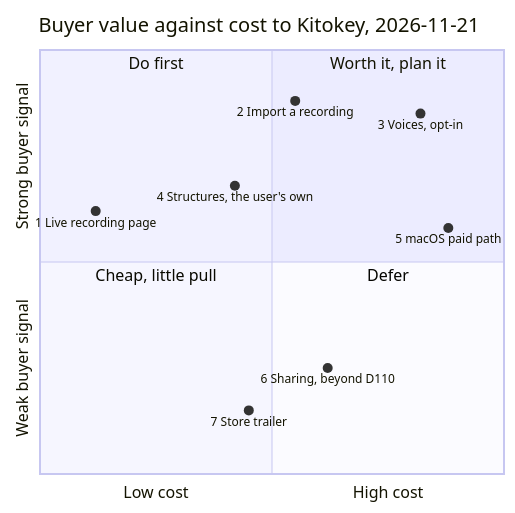
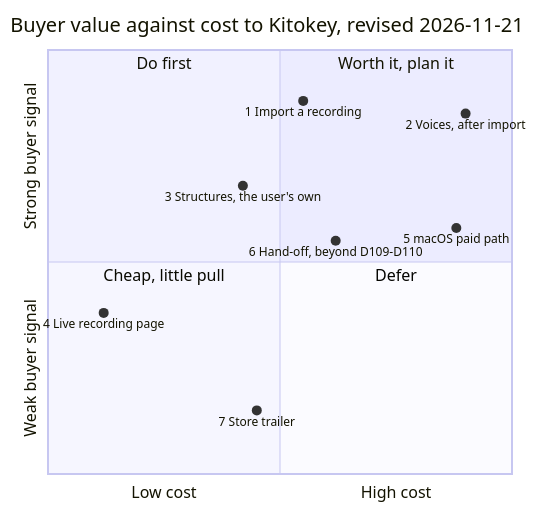
One commit to NapkinStack/kitokey changed the diagram in docs/project/reviews/2026-11-21-cycle-12-priorities.md. Above: the diagram before and after it, drawn with Mermaid. The commit also changed other lines of this file, not shown here.

First line of the commit message:
Cycle 12's priorities: §5 answered point by point, the ranking revised, §6 prepared

````diff
--- a/docs/project/reviews/2026-11-21-cycle-12-priorities.md
+++ b/docs/project/reviews/2026-11-21-cycle-12-priorities.md
@@ -22,17 +25,17 @@
 ```mermaid
 quadrantChart
-    title Buyer value against cost to Kitokey, 2026-11-21
+    title Buyer value against cost to Kitokey, revised 2026-11-21
     x-axis "Low cost" --> "High cost"
     y-axis "Weak buyer signal" --> "Strong buyer signal"
     quadrant-1 "Worth it, plan it"
     quadrant-2 "Do first"
     quadrant-3 "Cheap, little pull"
     quadrant-4 "Defer"
-    "1 Live recording page": [0.12, 0.62]
-    "2 Import a recording": [0.55, 0.88]
-    "3 Voices, opt-in": [0.82, 0.85]
-    "4 Structures, the user's own": [0.42, 0.68]
+    "1 Import a recording": [0.55, 0.88]
+    "2 Voices, after import": [0.9, 0.85]
+    "3 Structures, the user's own": [0.42, 0.68]
+    "4 Live recording page": [0.12, 0.38]
     "5 macOS paid path": [0.88, 0.58]
-    "6 Sharing, beyond D110": [0.62, 0.25]
+    "6 Hand-off, beyond D109-D110": [0.62, 0.55]
     "7 Store trailer": [0.45, 0.15]
 ```
````
